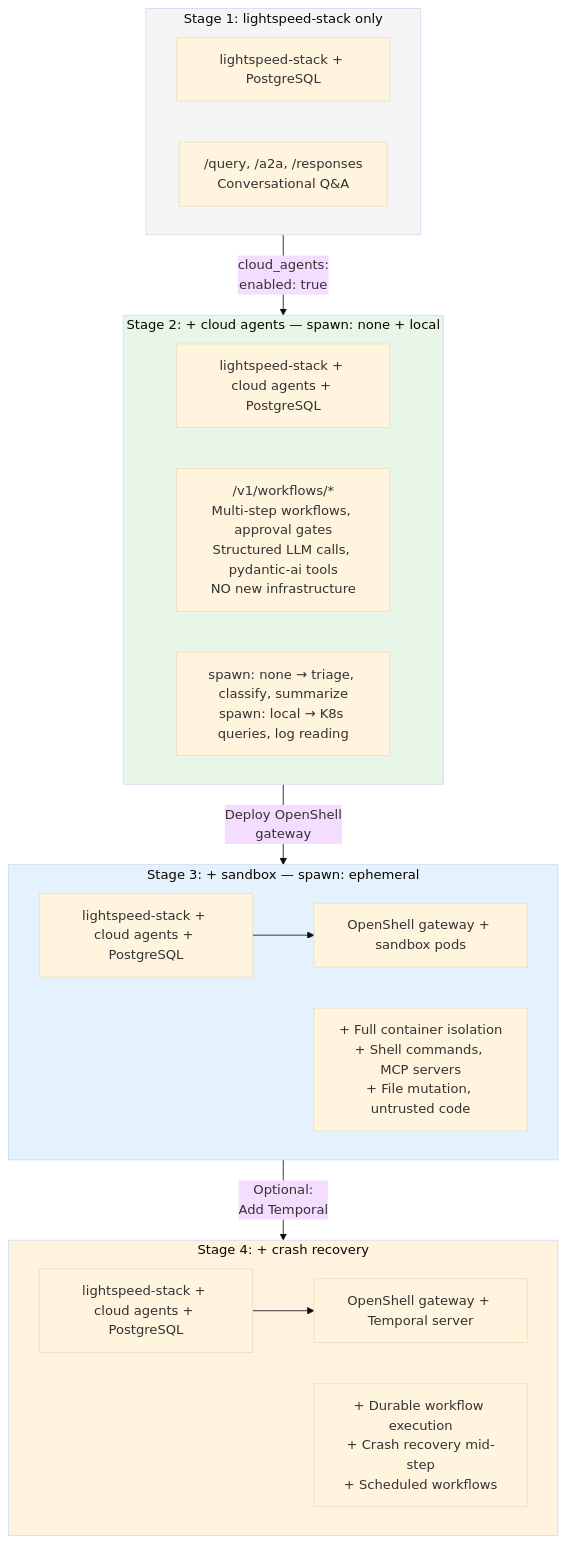
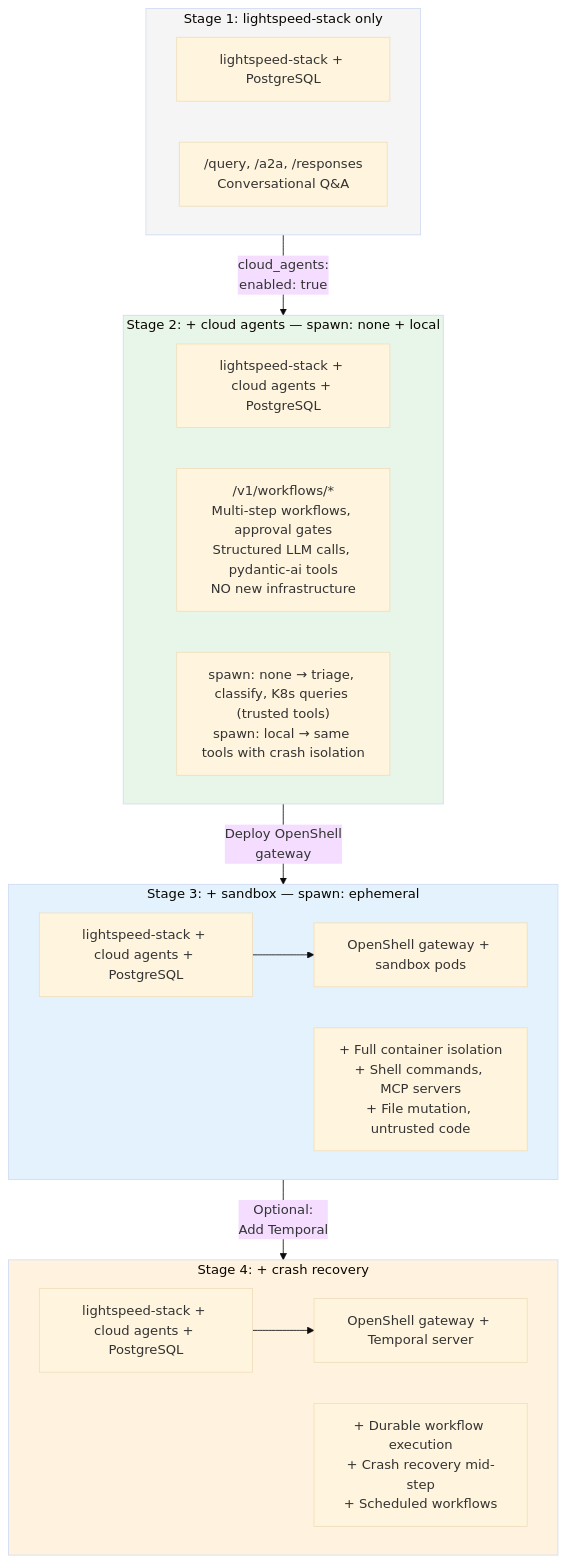
The sixth of 6 diagrams in docs/tool-registry-architecture.md (jameswnl/lightspeed-cloud-agents), drawn with Mermaid (base theme) before and after one commit. The commit also changed other lines of this file, not shown here.

First line of the commit message:
Address review feedback: mark planned features, add MCP/skills roadmap

````diff
--- a/docs/tool-registry-architecture.md
+++ b/docs/tool-registry-architecture.md
@@ -168,38 +193,38 @@
 ```mermaid
 flowchart TD
     subgraph stage1["Stage 1: lightspeed-stack only"]
         lcs1["lightspeed-stack + PostgreSQL"]
         cap1["/query, /a2a, /responses<br/>Conversational Q&A"]
     end
 
     stage1 -->|"cloud_agents:<br/>enabled: true"| stage2
 
     subgraph stage2["Stage 2: + cloud agents — spawn: none + local"]
         lcs2["lightspeed-stack + cloud agents + PostgreSQL"]
         cap2["/v1/workflows/*<br/>Multi-step workflows, approval gates<br/>Structured LLM calls, pydantic-ai tools<br/>NO new infrastructure"]
-        modes2["spawn: none → triage, classify, summarize<br/>spawn: local → K8s queries, log reading"]
+        modes2["spawn: none → triage, classify, K8s queries (trusted tools)<br/>spawn: local → same tools with crash isolation"]
     end
 
     stage2 -->|"Deploy OpenShell<br/>gateway"| stage3
 
     subgraph stage3["Stage 3: + sandbox — spawn: ephemeral"]
         lcs3["lightspeed-stack + cloud agents + PostgreSQL"]
         os3["OpenShell gateway + sandbox pods"]
         cap3["+ Full container isolation<br/>+ Shell commands, MCP servers<br/>+ File mutation, untrusted code"]
         lcs3 --> os3
     end
 
     stage3 -->|"Optional:<br/>Add Temporal"| stage4
 
     subgraph stage4["Stage 4: + crash recovery"]
         lcs4["lightspeed-stack + cloud agents + PostgreSQL"]
         infra4["OpenShell gateway + Temporal server"]
         cap4["+ Durable workflow execution<br/>+ Crash recovery mid-step<br/>+ Scheduled workflows"]
         lcs4 --> infra4
     end
 
     style stage1 fill:#f5f5f5
     style stage2 fill:#e8f5e9
     style stage3 fill:#e3f2fd
     style stage4 fill:#fff3e0
 ```
````
